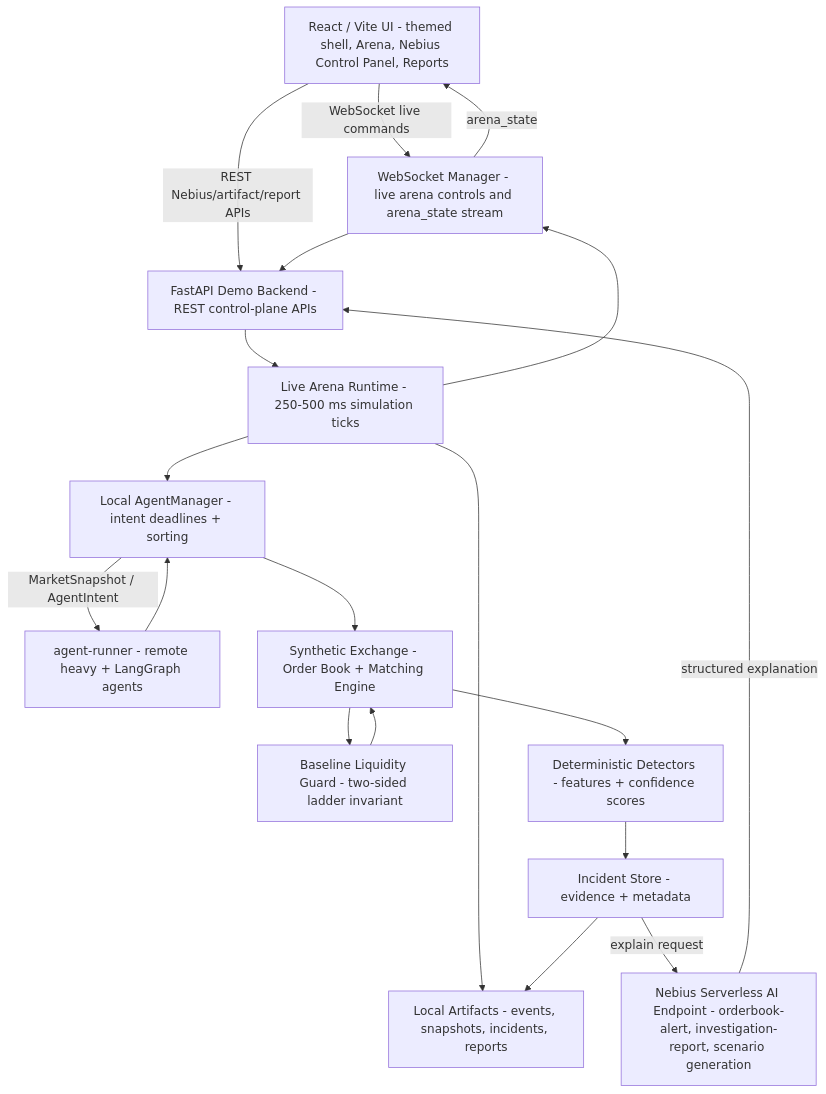
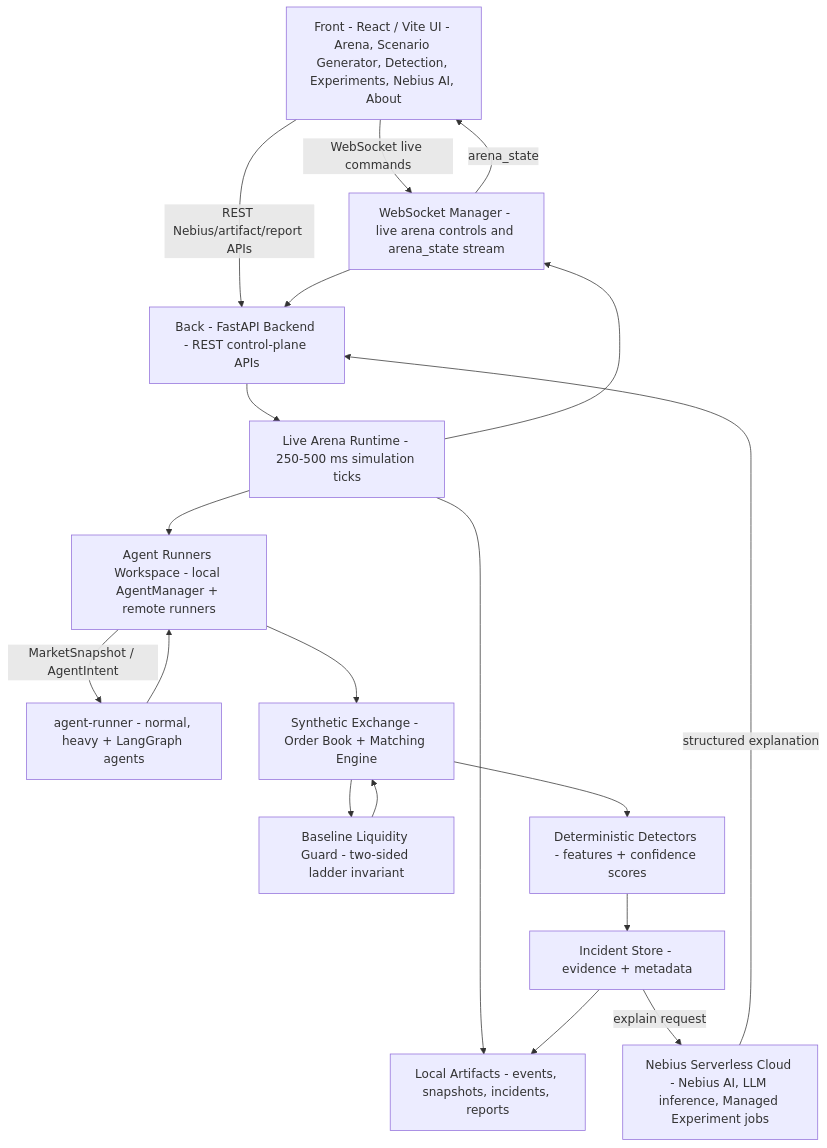
The first of 4 diagrams in docs/architecture.md (khab40/aimada), drawn with Mermaid before and after one commit. The commit also changed other lines of this file and 43 other files, not shown here.

````diff
--- a/docs/architecture.md
+++ b/docs/architecture.md
@@ -12,34 +21,34 @@
 ```mermaid
 graph TD
-    UI["React / Vite UI - themed shell, Arena, Nebius Control Panel, Reports"]
-    API["FastAPI Demo Backend - REST control-plane APIs"]
+    UI["Front - React / Vite UI - Arena, Scenario Generator, Detection, Experiments, Nebius AI, About"]
+    API["Back - FastAPI Backend - REST control-plane APIs"]
     WS["WebSocket Manager - live arena controls and arena_state stream"]
     Runtime["Live Arena Runtime - 250-500 ms simulation ticks"]
-    Agents["Local AgentManager - intent deadlines + sorting"]
-    Runner["agent-runner - remote heavy + LangGraph agents"]
+    Agents["Agent Runners Workspace - local AgentManager + remote runners"]
+    Runner["agent-runner - normal, heavy + LangGraph agents"]
     Exchange["Synthetic Exchange - Order Book + Matching Engine"]
     LiquidityGuard["Baseline Liquidity Guard - two-sided ladder invariant"]
     Detectors["Deterministic Detectors - features + confidence scores"]
     Incidents["Incident Store - evidence + metadata"]
-    Explain["Nebius Serverless AI Endpoint - orderbook-alert, investigation-report, scenario generation"]
+    Explain["Nebius Serverless Cloud - Nebius AI, LLM inference, Managed Experiment jobs"]
     Artifacts["Local Artifacts - events, snapshots, incidents, reports"]
 
     UI -->|WebSocket live commands| WS
     UI -->|REST Nebius/artifact/report APIs| API
     WS --> API
     API --> Runtime
     Runtime --> Agents
     Agents -->|MarketSnapshot / AgentIntent| Runner
     Runner --> Agents
     Agents --> Exchange
     Exchange --> LiquidityGuard
     LiquidityGuard --> Exchange
     Exchange --> Detectors
     Detectors --> Incidents
     Runtime --> WS
     WS -->|arena_state| UI
     Incidents -->|explain request| Explain
     Explain -->|structured explanation| API
     Runtime --> Artifacts
     Incidents --> Artifacts
 ```
````
